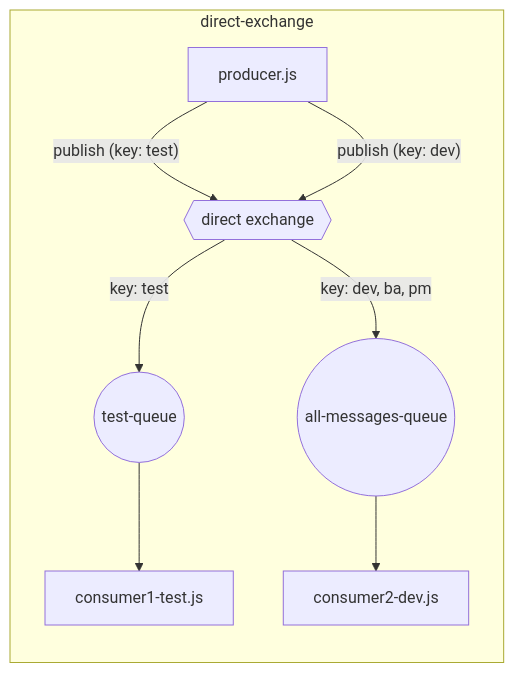
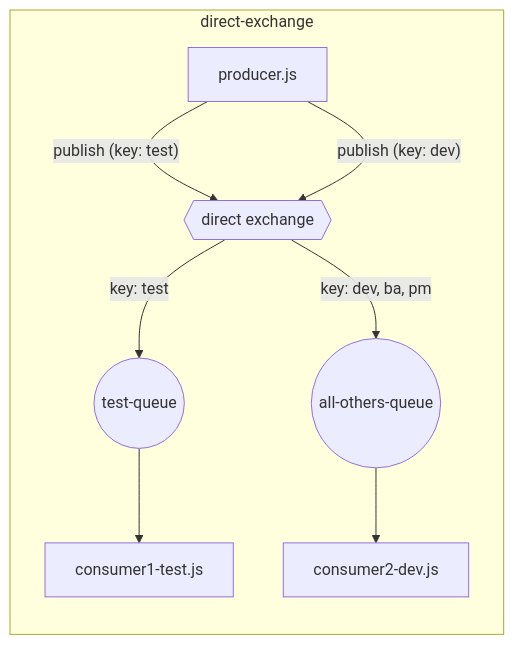
The third of 5 diagrams in README.md (phucnh294/rabbitmq), drawn with Mermaid before and after one commit. The commit also changed other lines of this file and 5 other files, not shown here.

````diff
--- a/README.md
+++ b/README.md
@@ -108,11 +108,11 @@
 ```mermaid
 flowchart LR
     subgraph direct-exchange
         P3[producer.js] -->|"publish (key: test)"| X3{{"direct exchange"}}
         P3 -->|"publish (key: dev)"| X3
         X3 -->|"key: test"| Q3(("test-queue"))
-        X3 -->|"key: dev, ba, pm"| Q4(("all-messages-queue"))
+        X3 -->|"key: dev, ba, pm"| Q4(("all-others-queue"))
         Q3 --> C4[consumer1-test.js]
         Q4 --> C5[consumer2-dev.js]
     end
 ```
````
